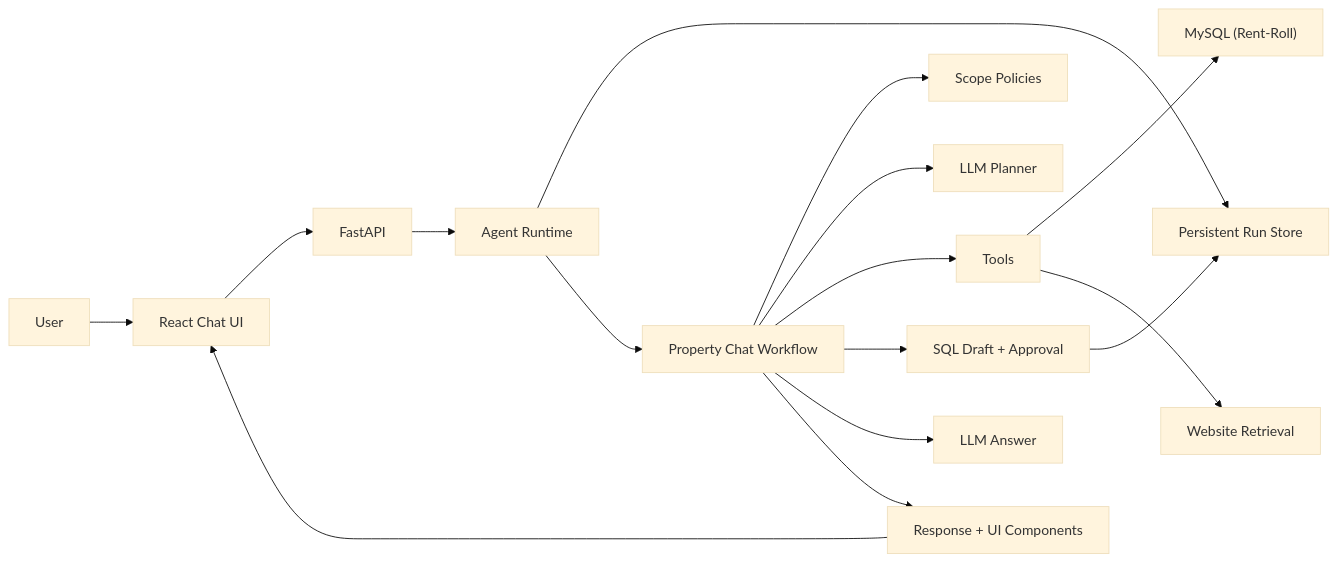
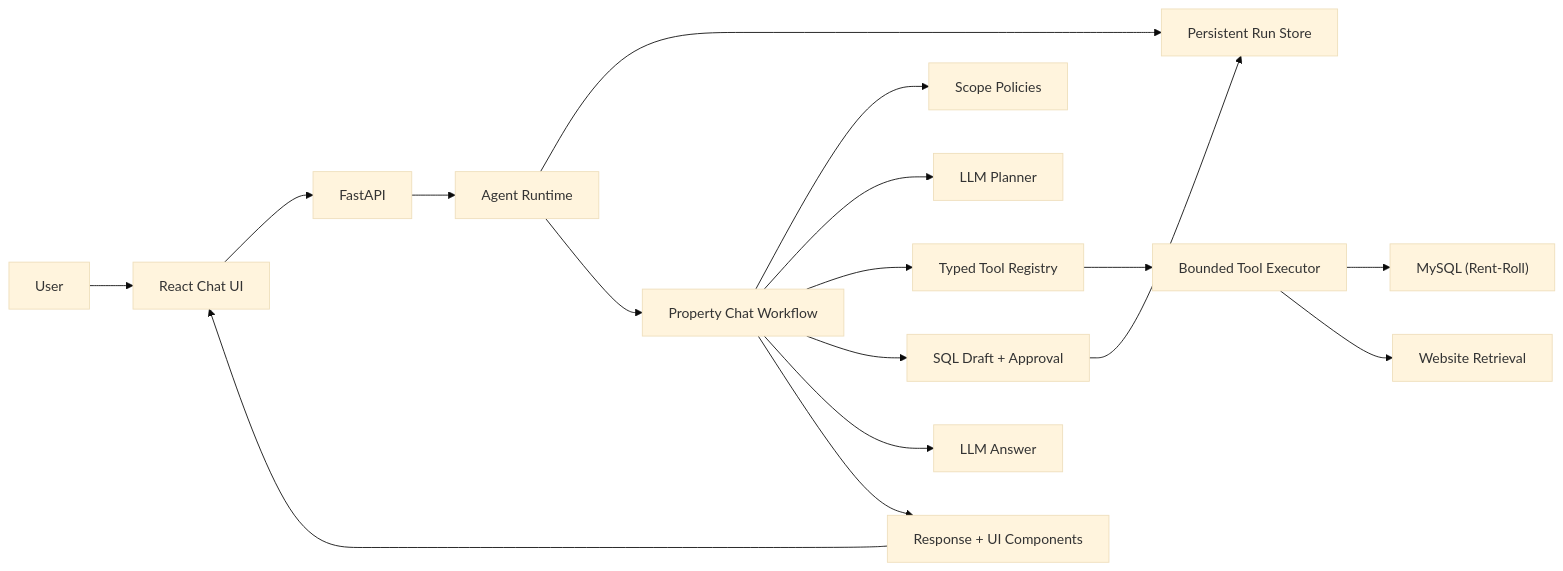
One commit to nanda1045/Property_Chatbot changed the diagram in README.md. Above: the diagram before and after it, drawn with Mermaid (base theme). The commit also changed other lines of this file and 12 other files, not shown here.

Commit message:
Add typed tool registry and executor

````diff
--- a/README.md
+++ b/README.md
@@ -260,18 +262,19 @@
 ```mermaid
 flowchart LR
   User["User"] --> UI["React Chat UI"]
   UI --> API["FastAPI"]
   API --> Runtime["Agent Runtime"]
   Runtime --> RunStore["Persistent Run Store"]
   Runtime --> Workflow["Property Chat Workflow"]
   Workflow --> Policies["Scope Policies"]
   Workflow --> Planner["LLM Planner"]
-  Workflow --> Tools["Tools"]
-  Tools --> MySQL["MySQL (Rent-Roll)"]
-  Tools --> Retrieval["Website Retrieval"]
+  Workflow --> Registry["Typed Tool Registry"]
+  Registry --> Executor["Bounded Tool Executor"]
+  Executor --> MySQL["MySQL (Rent-Roll)"]
+  Executor --> Retrieval["Website Retrieval"]
   Workflow --> SQLApproval["SQL Draft + Approval"]
   SQLApproval --> RunStore
   Workflow --> LLM["LLM Answer"]
   Workflow --> Response["Response + UI Components"]
   Response --> UI
 ```
````
